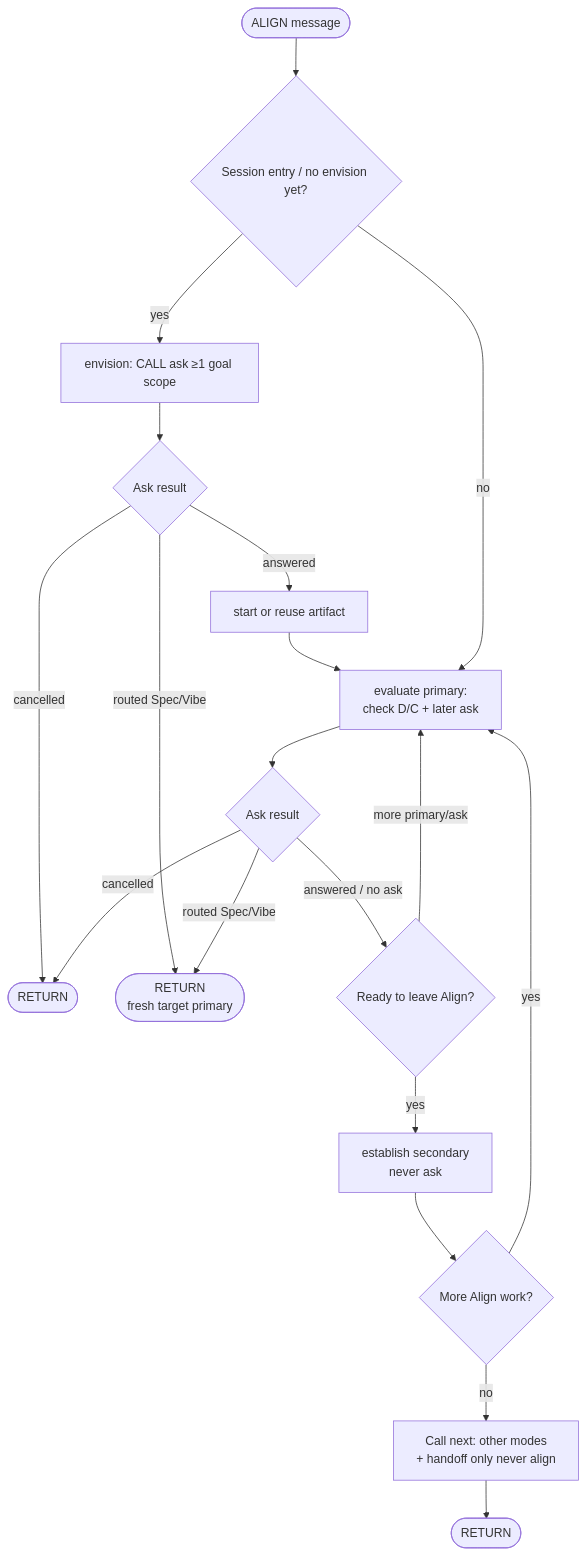
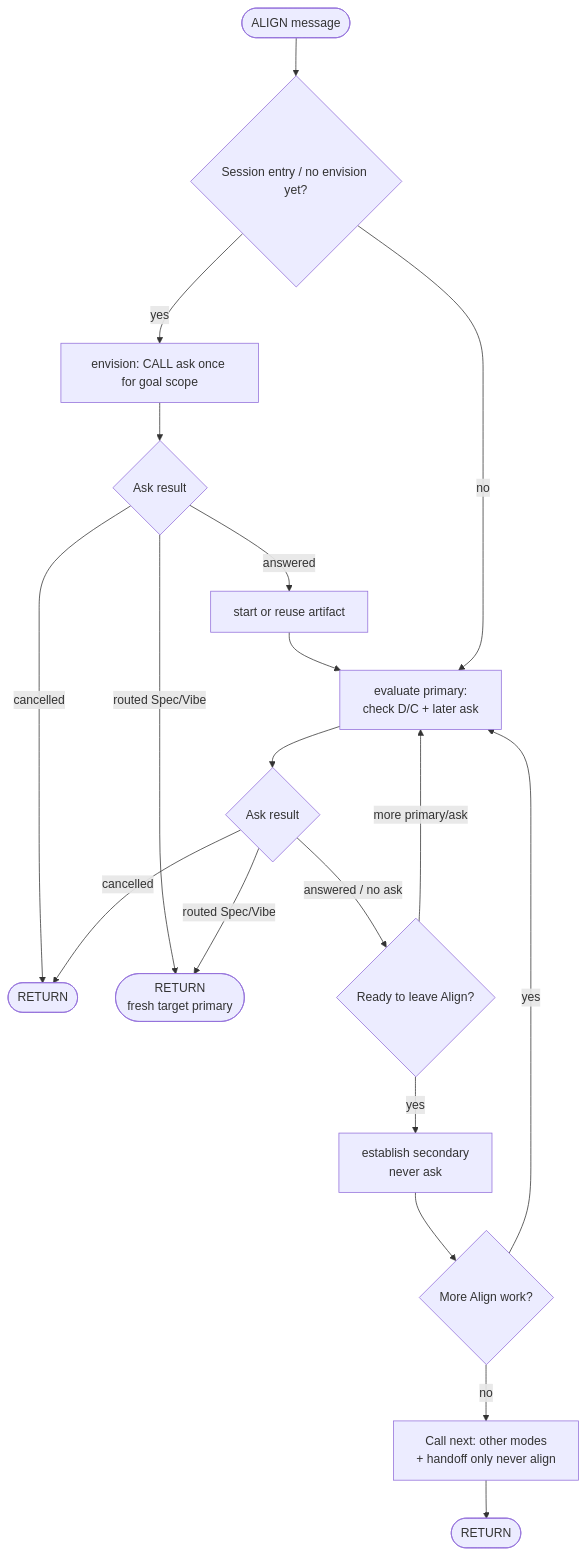
One commit to dhumdil-apps/pi-director changed the fourth of 12 diagrams in docs/AGENT-WORKFLOW-DIAGRAMS.md. Above: the diagram before and after it, drawn with Mermaid. The commit also changed other lines of this file and 18 other files, not shown here.

````diff
--- a/docs/AGENT-WORKFLOW-DIAGRAMS.md
+++ b/docs/AGENT-WORKFLOW-DIAGRAMS.md
@@ -100,21 +100,21 @@
 ```mermaid
 flowchart TD
     Enter([ALIGN message]) --> Entry{Session entry / no envision yet?}
-    Entry -- yes --> ScopeAsk[envision: CALL ask ≥1 goal scope]
+    Entry -- yes --> ScopeAsk[envision: CALL ask once for goal scope]
     ScopeAsk --> ScopeResult{Ask result}
     ScopeResult -- cancelled --> Stop([RETURN])
     ScopeResult -- routed Spec/Vibe --> Settle([RETURN<br/>fresh target primary])
     ScopeResult -- answered --> Artifact[start or reuse artifact]
     Artifact --> Eval
     Entry -- no --> Eval[evaluate primary:<br/>check D/C + later ask]
     Eval --> AskResult{Ask result}
     AskResult -- cancelled --> Stop
     AskResult -- routed Spec/Vibe --> Settle
     AskResult -- answered / no ask --> Gate{Ready to leave Align?}
     Gate -- more primary/ask --> Eval
     Gate -- yes --> Est[establish secondary<br/>never ask]
     Est --> Back{More Align work?}
     Back -- yes --> Eval
     Back -- no --> Next["Call next: other modes<br/>+ handoff only never align"]
     Next --> Done([RETURN])
 ```
````
